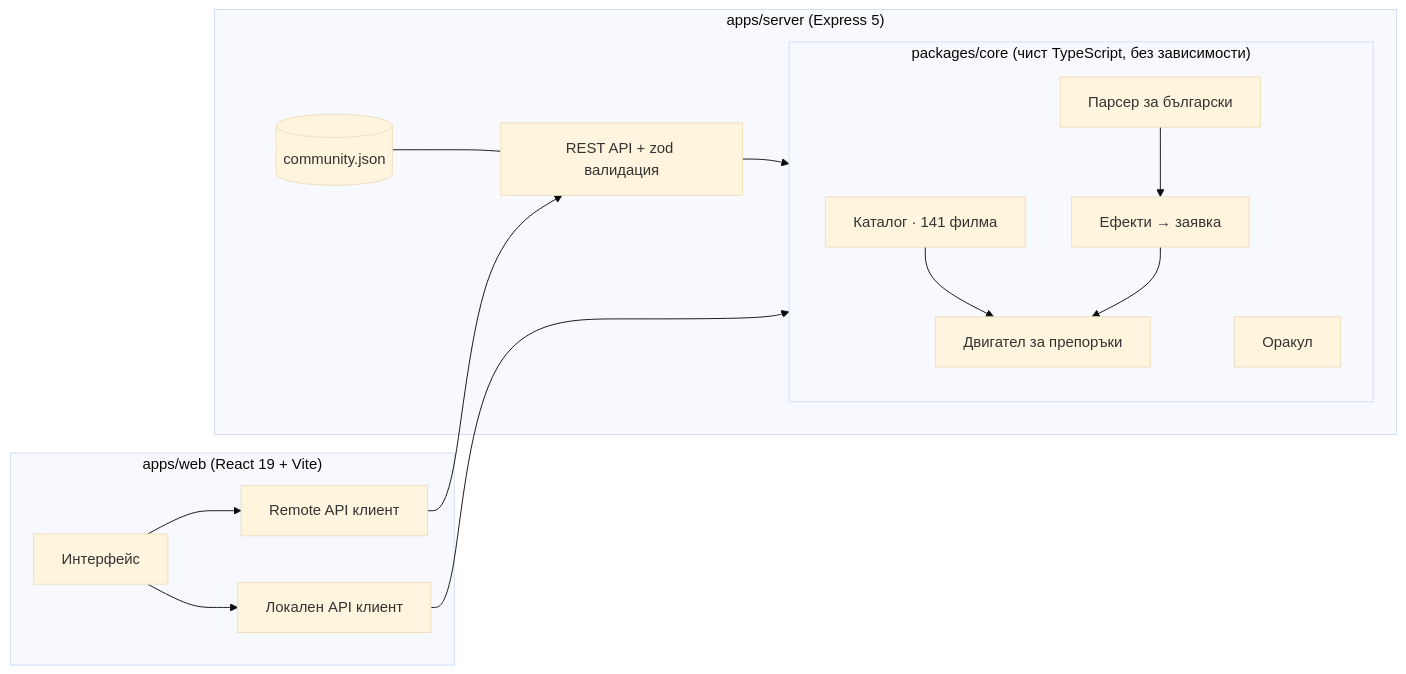
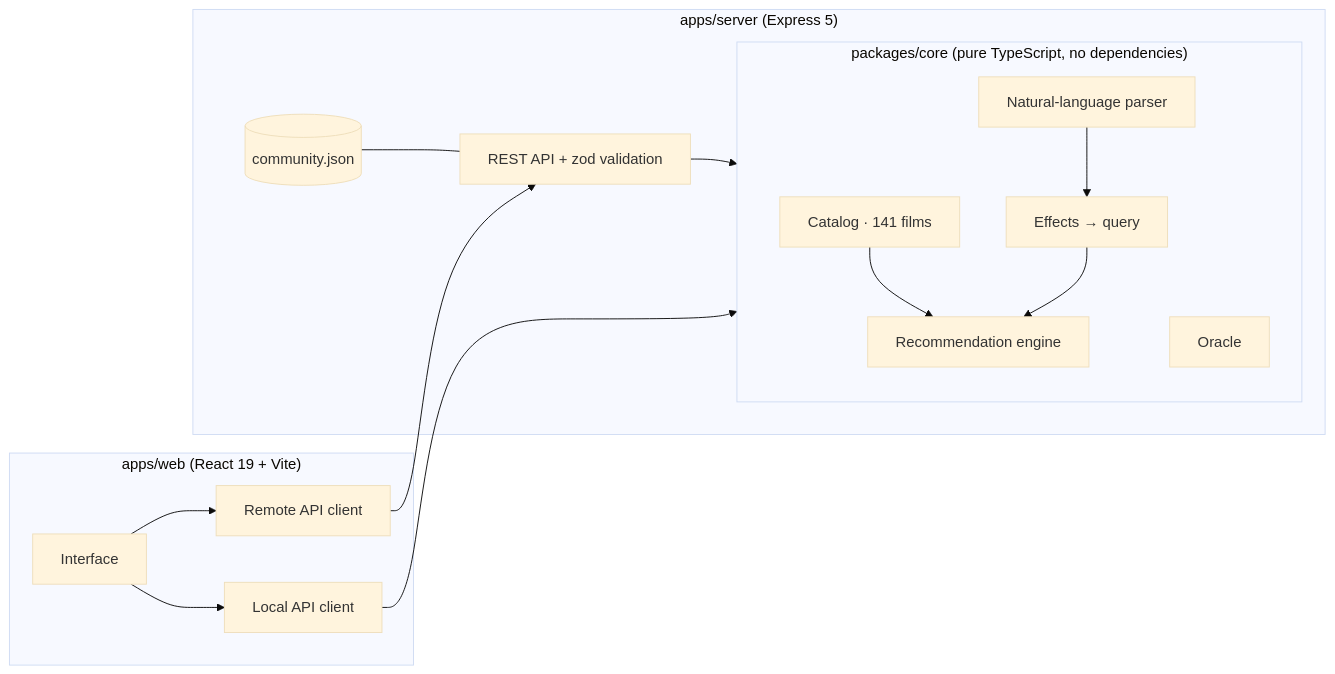
One commit to ridvanms/Other changed the diagram in MoodReel/README.md. Above: the diagram before and after it, drawn with Mermaid (base theme). The commit also changed other lines of this file and 48 other files, not shown here.

````diff
--- a/MoodReel/README.md
+++ b/MoodReel/README.md
@@ -21,17 +21,17 @@
 ```mermaid
 flowchart LR
-  subgraph core["packages/core (чист TypeScript, без зависимости)"]
-    C[Каталог · 141 филма] --> E[Двигател за препоръки]
-    P[Парсер за български] --> X[Ефекти → заявка]
+  subgraph core["packages/core (pure TypeScript, no dependencies)"]
+    C[Catalog · 141 films] --> E[Recommendation engine]
+    P[Natural-language parser] --> X[Effects → query]
     X --> E
-    O[Оракул]
+    O[Oracle]
   end
   subgraph server["apps/server (Express 5)"]
-    A[REST API + zod валидация] --> core
+    A[REST API + zod validation] --> core
     S[(community.json)] --- A
   end
   subgraph web["apps/web (React 19 + Vite)"]
-    UI[Интерфейс] --> R[Remote API клиент] --> A
-    UI --> L[Локален API клиент] --> core
+    UI[Interface] --> R[Remote API client] --> A
+    UI --> L[Local API client] --> core
   end
 ```
````
